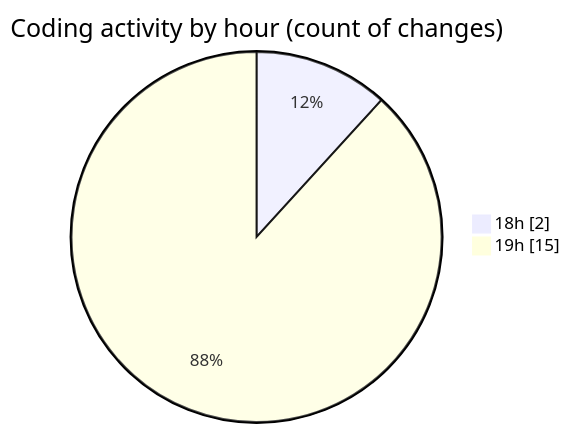
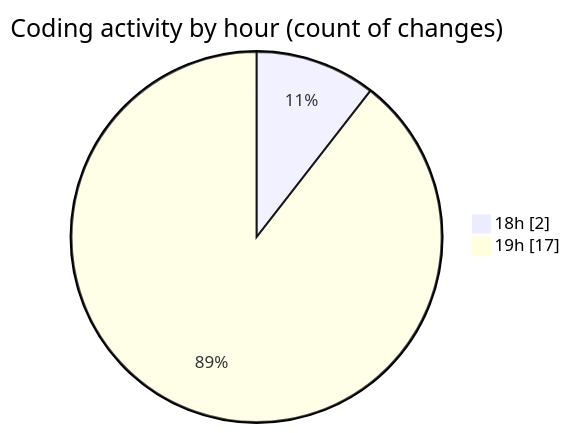
The second of 2 diagrams in 2025-04-27/back-end/README.md (Netris89/code-tracking), drawn with Mermaid before and after one commit. The commit also changed other lines of this file and 1 other file, not shown here.

````diff
--- a/2025-04-27/back-end/README.md
+++ b/2025-04-27/back-end/README.md
@@ -29,6 +29,6 @@
 ```mermaid
 pie showData
 title Coding activity by hour (count of changes)
 "18h" : 2
-"19h" : 15
+"19h" : 17
 ```
````
